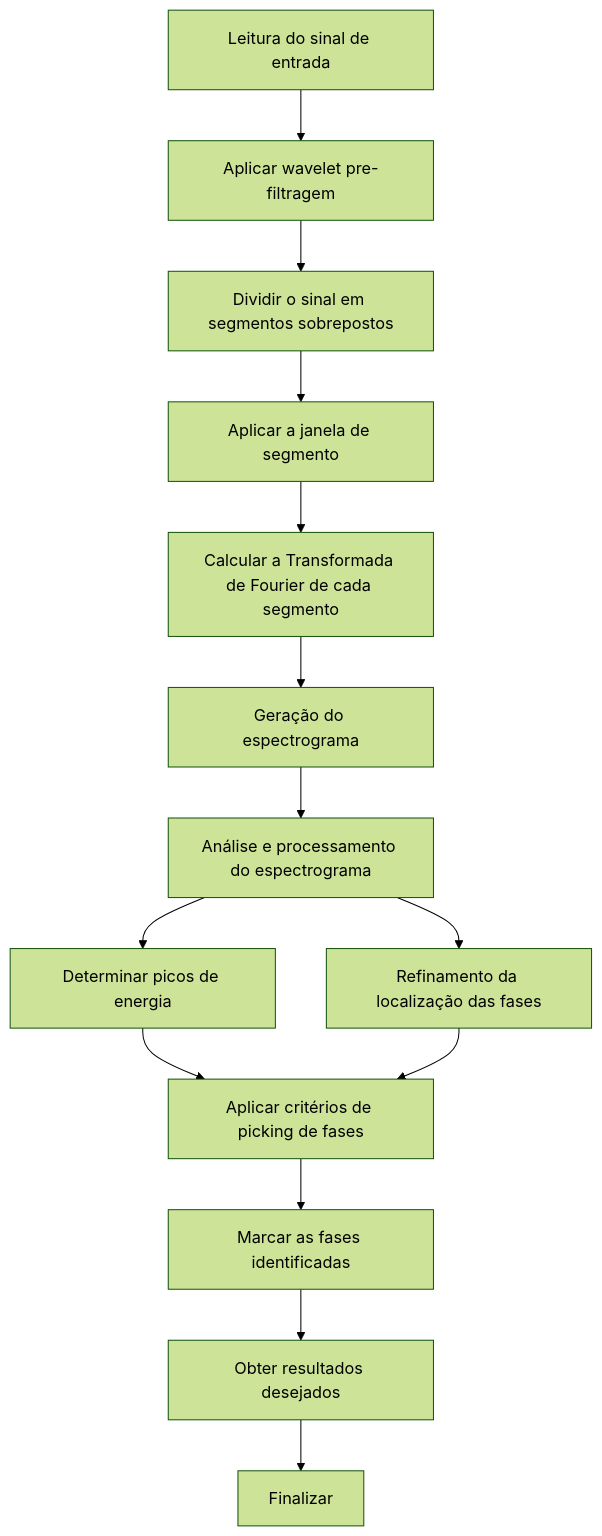
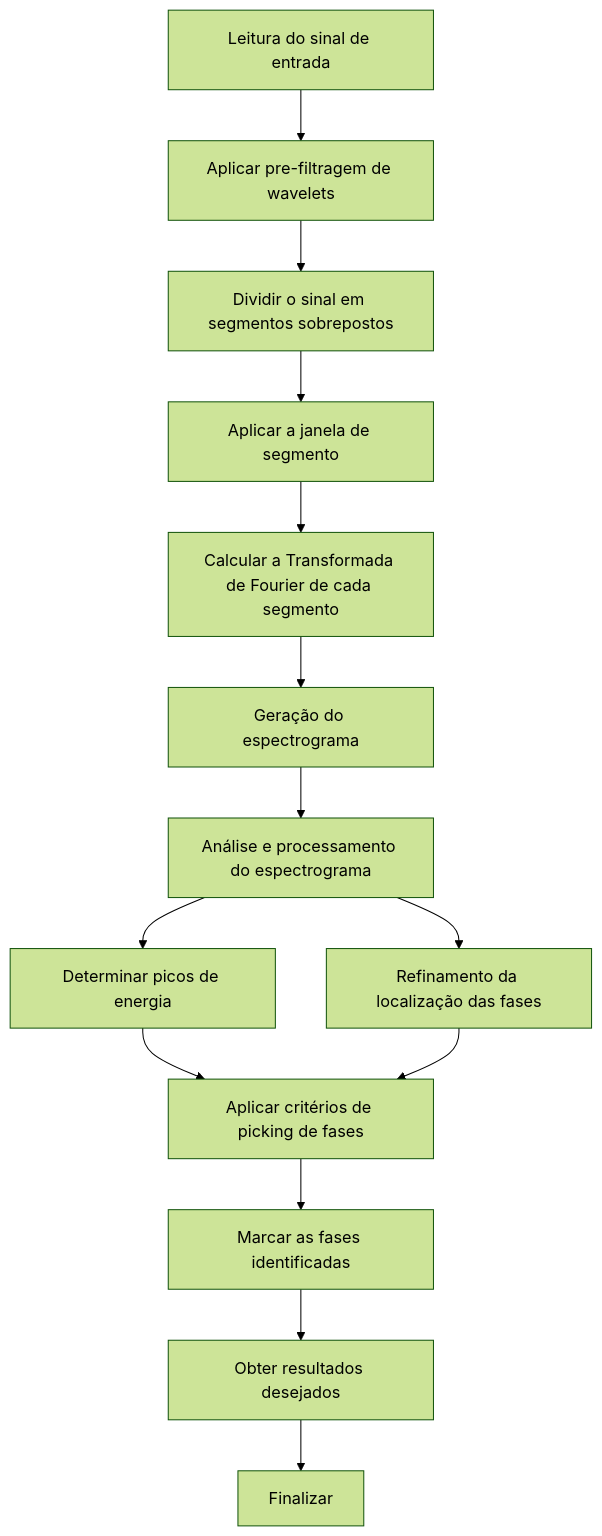
The diagram in projetos/seismometer_ble/README.md (vm-bertini/ea075-2023.1), drawn with Mermaid (forest theme) before and after one commit.

Commit message:
fix no fluxograma do algoritmo

````diff
--- a/projetos/seismometer_ble/README.md
+++ b/projetos/seismometer_ble/README.md
@@ -245,16 +245,16 @@
 ```mermaid
 graph TD
-A[Leitura do sinal de entrada] --> B[Aplicar wavelet pre-filtragem]
+A[Leitura do sinal de entrada] --> B[Aplicar pre-filtragem de wavelets]
     B --> C[Dividir o sinal em segmentos sobrepostos]
     C --> D[Aplicar a janela de segmento]
     D --> E[Calcular a Transformada de Fourier de cada segmento]
     E --> F[Geração do espectrograma]
     F --> G[Análise e processamento do espectrograma]
     G --> H[Determinar picos de energia]
     H --> I[Aplicar critérios de picking de fases]
     I --> J[Marcar as fases identificadas]
     J --> L[Obter resultados desejados]
     L --> M[Finalizar]
     G --> K[Refinamento da localização das fases]
     K --> I
 ```
````
